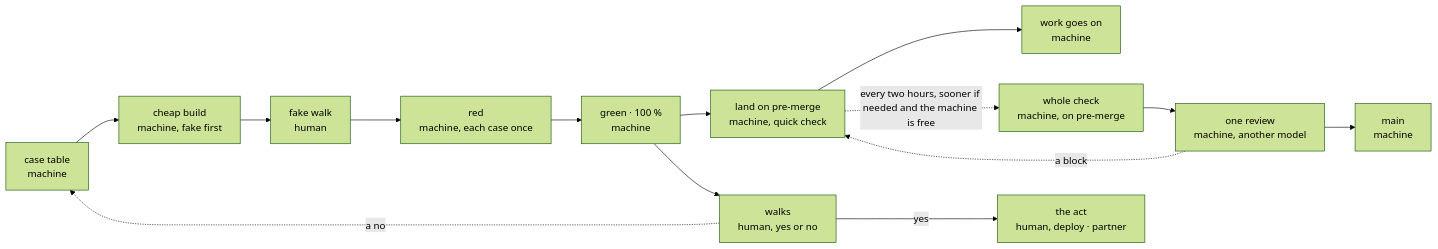
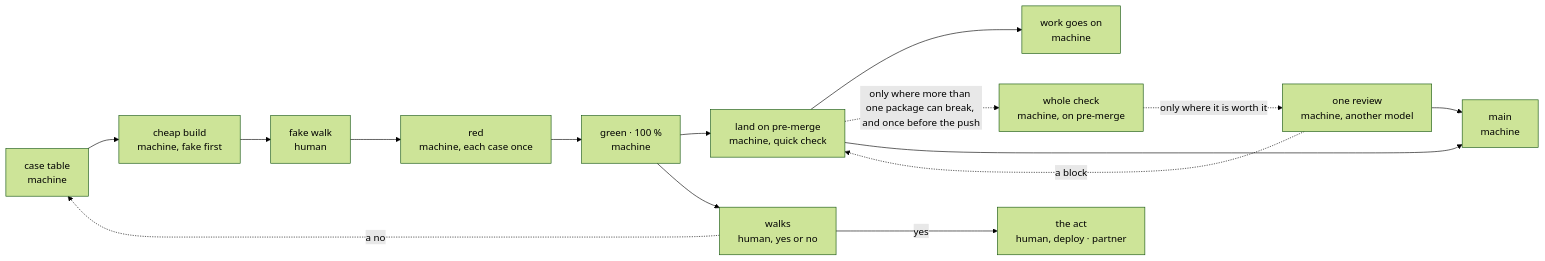
The diagram in docs/conventions/qa.md (ancJ29/credo), drawn with Mermaid (forest theme) before and after one commit. The commit also changed other lines of this file and 5 other files, not shown here.

Commit message:
docs(qa): the whole check and the review run only where they are worth it, not at each landing of one package

````diff
--- a/docs/conventions/qa.md
+++ b/docs/conventions/qa.md
@@ -16,15 +16,16 @@
 ```mermaid
 flowchart LR
   table["case table<br/>machine"] --> cheap["cheap build<br/>machine, fake first"]
   cheap --> look["fake walk<br/>human"] --> red["red<br/>machine, each case once"]
   red --> green["green · 100 %<br/>machine"]
   green --> merge["land on pre-merge<br/>machine, quick check"]
   merge --> on["work goes on<br/>machine"]
-  merge -. every two hours, sooner if needed and the machine is free .-> whole["whole check<br/>machine, on pre-merge"]
-  whole --> review["one review<br/>machine, another model"]
-  review --> main["main<br/>machine"]
+  merge -. only where more than one package can break, and once before the push .-> whole["whole check<br/>machine, on pre-merge"]
+  merge --> main["main<br/>machine"]
+  whole -. only where it is worth it .-> review["one review<br/>machine, another model"]
   green --> walks["walks<br/>human, yes or no"]
   walks -- yes --> act["the act<br/>human, deploy · partner"]
   review -. a block .-> merge
+  review --> main
   walks -. a no .-> table
 ```
````
